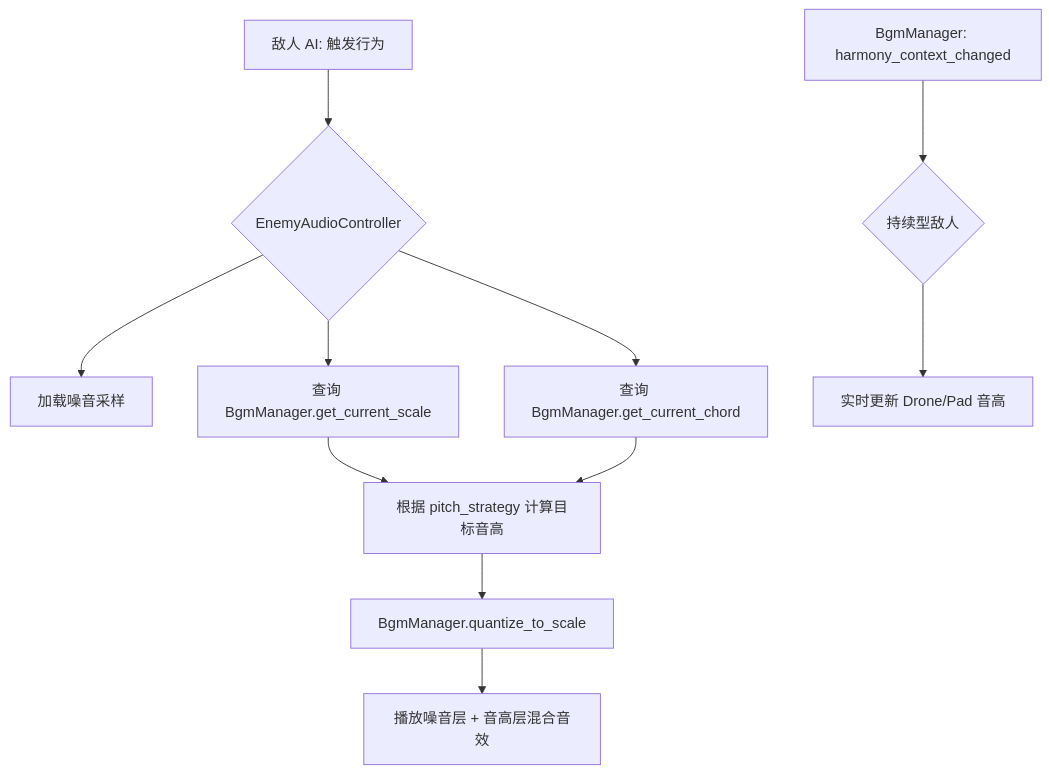
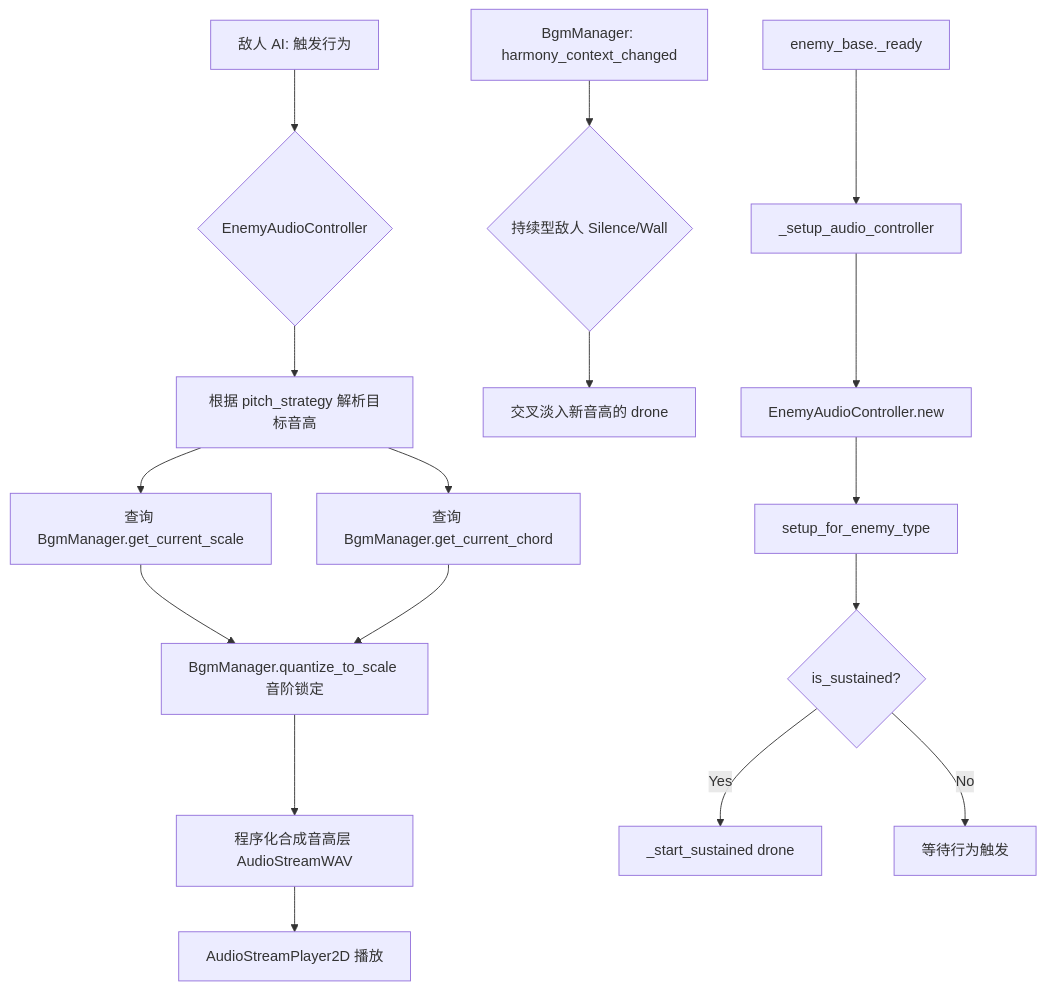
Before and after one commit to gdszyy/project-harmony-gdd: the diagram in Docs/Optimization_Modules/OPT03_EnemyMusicalInstrumentIdentity.md, drawn with Mermaid. The commit also changed other lines of this file and 5 other files, not shown here.

````diff
--- a/Docs/Optimization_Modules/OPT03_EnemyMusicalInstrumentIdentity.md
+++ b/Docs/Optimization_Modules/OPT03_EnemyMusicalInstrumentIdentity.md
@@ -180,14 +140,21 @@
 ```mermaid
 graph TD
     A[敌人 AI: 触发行为] --> B{EnemyAudioController}
-    B --> C[加载噪音采样]
-    B --> D[查询 BgmManager.get_current_scale]
-    B --> E[查询 BgmManager.get_current_chord]
-    D --> F[根据 pitch_strategy 计算目标音高]
+    B --> C[根据 pitch_strategy 解析目标音高]
+    C --> D[查询 BgmManager.get_current_scale]
+    C --> E[查询 BgmManager.get_current_chord]
+    D --> F[BgmManager.quantize_to_scale 音阶锁定]
     E --> F
-    F --> G[BgmManager.quantize_to_scale]
-    G --> H[播放噪音层 + 音高层混合音效]
+    F --> G[程序化合成音高层 AudioStreamWAV]
+    G --> H[AudioStreamPlayer2D 播放]
     
-    I[BgmManager: harmony_context_changed] --> J{持续型敌人}
-    J --> K[实时更新 Drone/Pad 音高]
+    I[BgmManager: harmony_context_changed] --> J{持续型敌人 Silence/Wall}
+    J --> K[交叉淡入新音高的 drone]
+    
+    L[enemy_base._ready] --> M[_setup_audio_controller]
+    M --> N[EnemyAudioController.new]
+    N --> O[setup_for_enemy_type]
+    O --> P{is_sustained?}
+    P -->|Yes| Q[_start_sustained drone]
+    P -->|No| R[等待行为触发]
 ```
````
